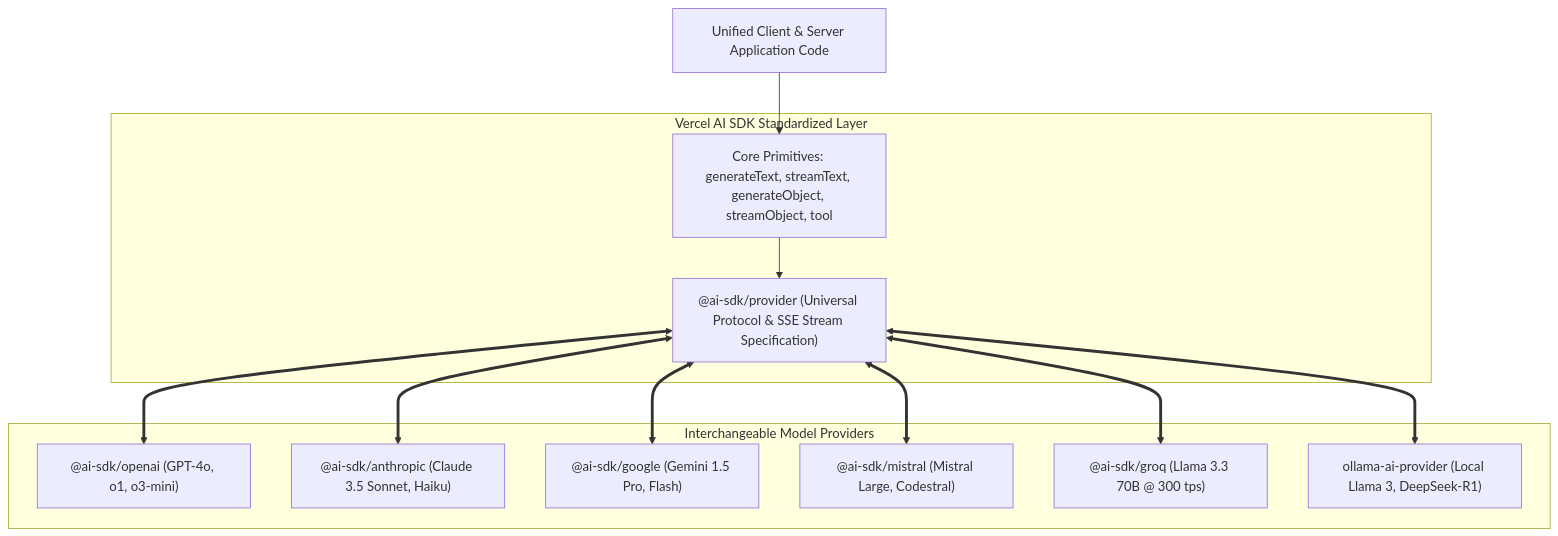
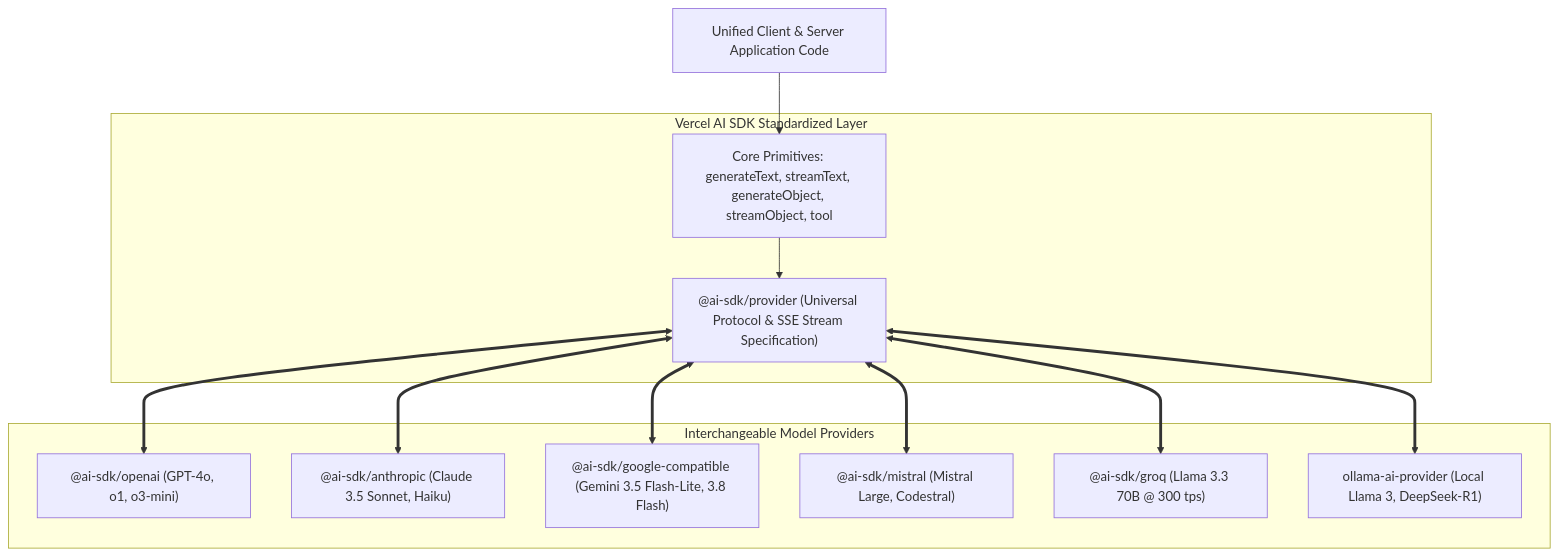
The second of 10 diagrams in README.md (manthanank/learn-vercel-ai-sdk), drawn with Mermaid before and after one commit. The commit also changed other lines of this file, not shown here.

````diff
--- a/README.md
+++ b/README.md
@@ -87,27 +87,27 @@
 ```mermaid
 graph TD
     AppCode["Unified Client & Server Application Code"]
     
     subgraph AISDK["Vercel AI SDK Standardized Layer"]
         Core["Core Primitives: generateText, streamText, generateObject, streamObject, tool"]
         StandardSpec["@ai-sdk/provider (Universal Protocol & SSE Stream Specification)"]
     end
     
     subgraph Providers["Interchangeable Model Providers"]
         P1["@ai-sdk/openai (GPT-4o, o1, o3-mini)"]
         P2["@ai-sdk/anthropic (Claude 3.5 Sonnet, Haiku)"]
-        P3["@ai-sdk/google (Gemini 1.5 Pro, Flash)"]
+        P3["@ai-sdk/google-compatible (Gemini 3.5 Flash-Lite, 3.8 Flash)"]
         P4["@ai-sdk/mistral (Mistral Large, Codestral)"]
         P5["@ai-sdk/groq (Llama 3.3 70B @ 300 tps)"]
         P6["ollama-ai-provider (Local Llama 3, DeepSeek-R1)"]
     end
 
     AppCode --> Core
     Core --> StandardSpec
     StandardSpec <==> P1
     StandardSpec <==> P2
     StandardSpec <==> P3
     StandardSpec <==> P4
     StandardSpec <==> P5
     StandardSpec <==> P6
 ```
````
